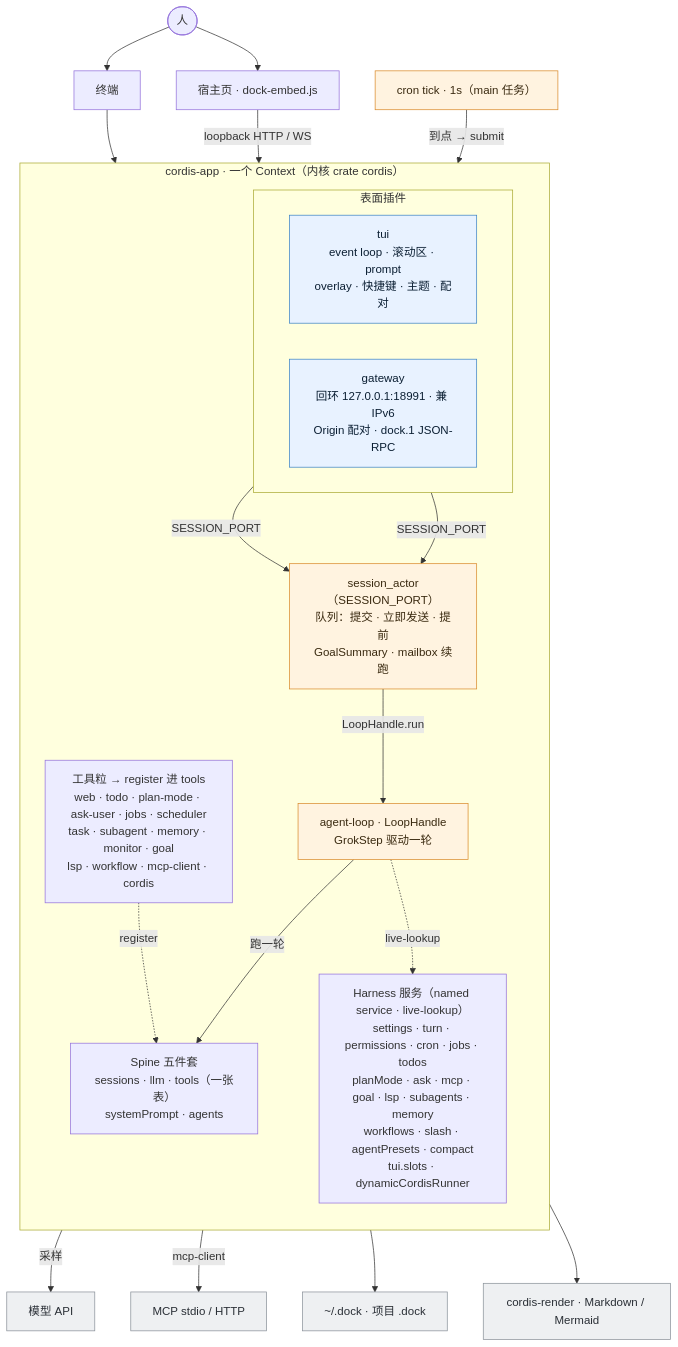
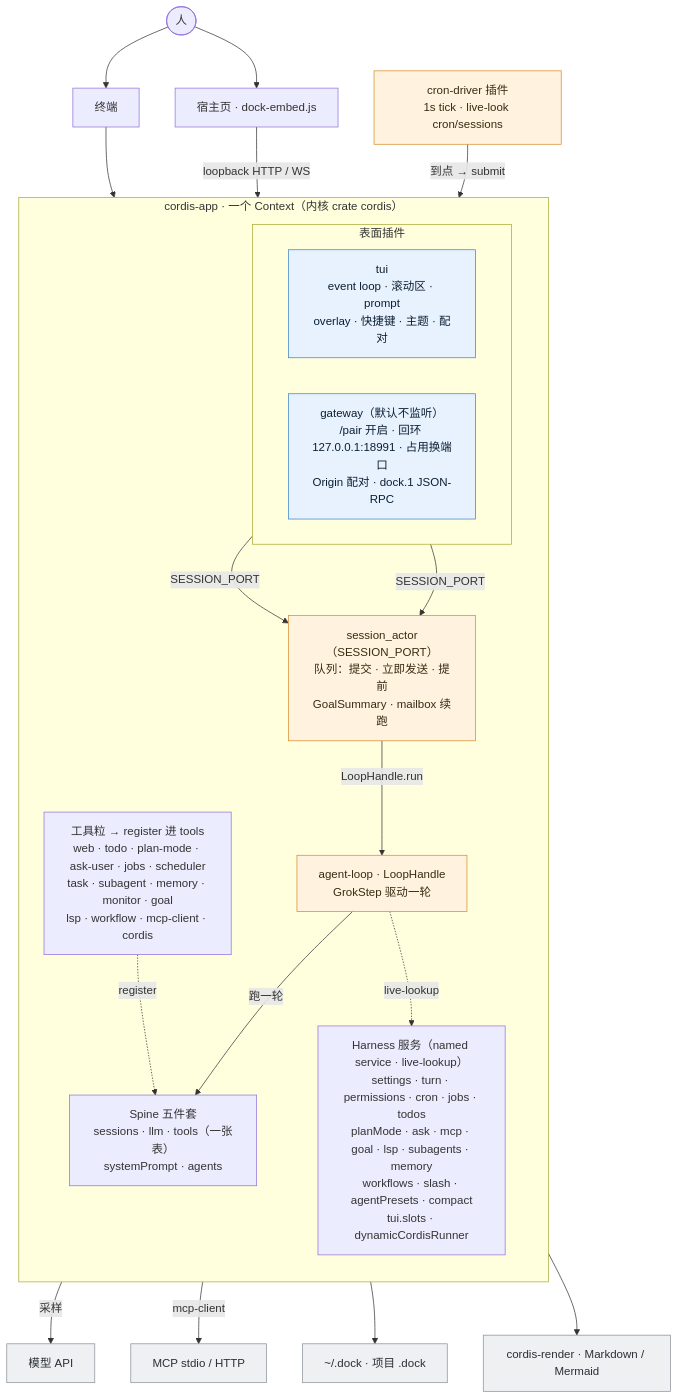
One commit to P0lar1ght/dock changed the first of 2 diagrams in README.md. Above: the diagram before and after it, drawn with Mermaid. The commit also changed other lines of this file and 44 other files, not shown here.

````diff
--- a/README.md
+++ b/README.md
@@ -80,53 +80,53 @@
 ```mermaid
 flowchart TB
   person(["人"])
   term["终端"]
   host["宿主页 · dock-embed.js"]
 
   subgraph app["cordis-app · 一个 Context（内核 crate cordis）"]
     direction TB
 
     subgraph surf["表面插件"]
       direction LR
       tui["tui<br/>event loop · 滚动区 · prompt<br/>overlay · 快捷键 · 主题 · 配对"]
-      gw["gateway<br/>回环 127.0.0.1:18991 · 兼 IPv6<br/>Origin 配对 · dock.1 JSON-RPC"]
+      gw["gateway（默认不监听）<br/>/pair 开启 · 回环 127.0.0.1:18991 · 占用换端口<br/>Origin 配对 · dock.1 JSON-RPC"]
     end
 
     actor["session_actor（SESSION_PORT）<br/>队列：提交 · 立即发送 · 提前<br/>GoalSummary · mailbox 续跑"]
     aloop["agent-loop · LoopHandle<br/>GrokStep 驱动一轮"]
 
     spine["Spine 五件套<br/>sessions · llm · tools（一张表）<br/>systemPrompt · agents"]
 
     grains["工具粒 → register 进 tools<br/>web · todo · plan-mode · ask-user · jobs · scheduler<br/>task · subagent · memory · monitor · goal<br/>lsp · workflow · mcp-client · cordis"]
 
     svc["Harness 服务（named service · live-lookup）<br/>settings · turn · permissions · cron · jobs · todos<br/>planMode · ask · mcp · goal · lsp · subagents · memory<br/>workflows · slash · agentPresets · compact<br/>tui.slots · dynamicCordisRunner"]
   end
 
   person --> term --> tui
   person --> host -->|"loopback HTTP / WS"| gw
 
   tui -->|"SESSION_PORT"| actor
   gw -->|"SESSION_PORT"| actor
-  tick["cron tick · 1s（main 任务）"] -->|"到点 → submit"| actor
+  tick["cron-driver 插件<br/>1s tick · live-look cron/sessions"] -->|"到点 → submit"| actor
   actor -->|"LoopHandle.run"| aloop
   aloop -->|"跑一轮"| spine
   aloop -.->|"live-lookup"| svc
   grains -.->|"register"| spine
 
   api["模型 API"]
   mcp["MCP stdio / HTTP"]
   disk["~/.dock · 项目 .dock"]
   render["cordis-render · Markdown / Mermaid"]
 
   spine -->|"采样"| api
   grains -->|"mcp-client"| mcp
   svc --> disk
   tui --> render
 
   classDef surface fill:#e8f2ff,stroke:#3b82c4,color:#0b1f33;
   classDef core fill:#fff3e0,stroke:#d98a2b,color:#3a2a10;
   classDef ext fill:#eef0f2,stroke:#8a9199,color:#2a2f36;
   class tui,gw surface;
   class tick,actor,aloop core;
   class api,mcp,disk,render ext;
 ```
````
